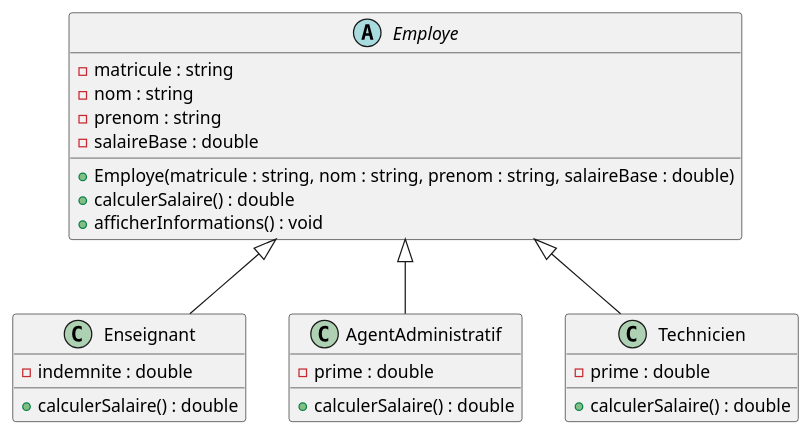
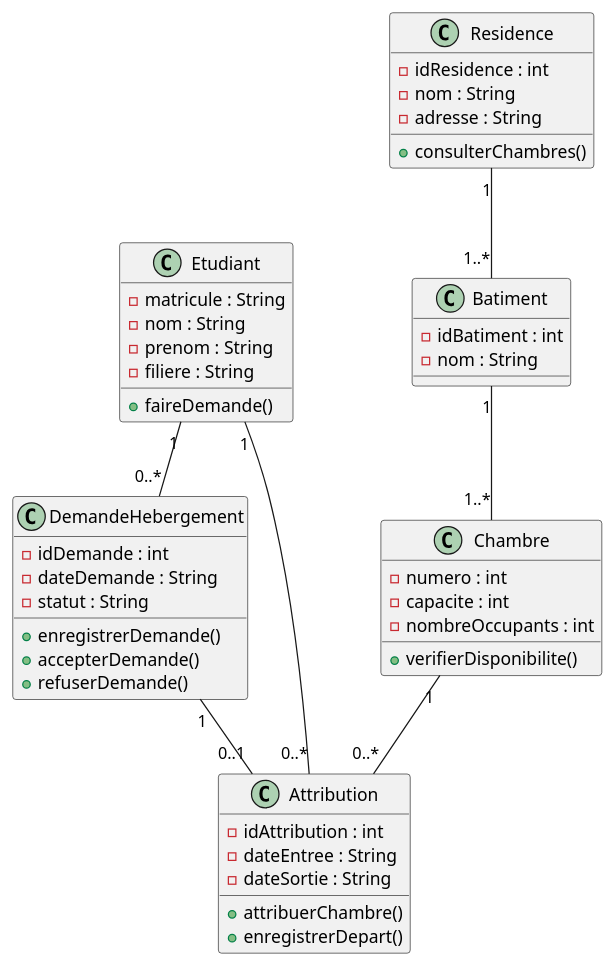
Before and after one commit to ogouvifrejus2007tub/Exercice3TP3Groupe12: the diagram in diagramme_classes.puml, drawn with PlantUML. The commit also changed other lines of this file, not shown here.

```diff
--- a/diagramme_classes.puml
+++ b/diagramme_classes.puml
@@ -2,36 +1,54 @@
 @startuml
 
-abstract class Employe {
-    - matricule : string
-    - nom : string
-    - prenom : string
-    - salaireBase : double
-
-    + Employe(matricule : string, nom : string, prenom : string, salaireBase : double)
-    + calculerSalaire() : double
-    + afficherInformations() : void
+class Etudiant {
+    - matricule : String
+    - nom : String
+    - prenom : String
+    - filiere : String
+    + faireDemande()
 }
 
-class Enseignant {
-    - indemnite : double
-
-    + calculerSalaire() : double
+class Residence {
+    - idResidence : int
+    - nom : String
+    - adresse : String
+    + consulterChambres()
 }
 
-class AgentAdministratif {
-    - prime : double
-
-    + calculerSalaire() : double
+class Batiment {
+    - idBatiment : int
+    - nom : String
 }
 
-class Technicien {
-    - prime : double
-
-    + calculerSalaire() : double
+class Chambre {
+    - numero : int
+    - capacite : int
+    - nombreOccupants : int
+    + verifierDisponibilite()
 }
 
-Employe <|-- Enseignant
-Employe <|-- AgentAdministratif
-Employe <|-- Technicien
+class DemandeHebergement {
+    - idDemande : int
+    - dateDemande : String
+    - statut : String
+    + enregistrerDemande()
+    + accepterDemande()
+    + refuserDemande()
+}
+
+class Attribution {
+    - idAttribution : int
+    - dateEntree : String
+    - dateSortie : String
+    + attribuerChambre()
+    + enregistrerDepart()
+}
+
+Residence "1" -- "1..*" Batiment
+Batiment "1" -- "1..*" Chambre
+Etudiant "1" -- "0..*" DemandeHebergement
+DemandeHebergement "1" -- "0..1" Attribution
+Chambre "1" -- "0..*" Attribution
+Etudiant "1" -- "0..*" Attribution
 
 @enduml
```
